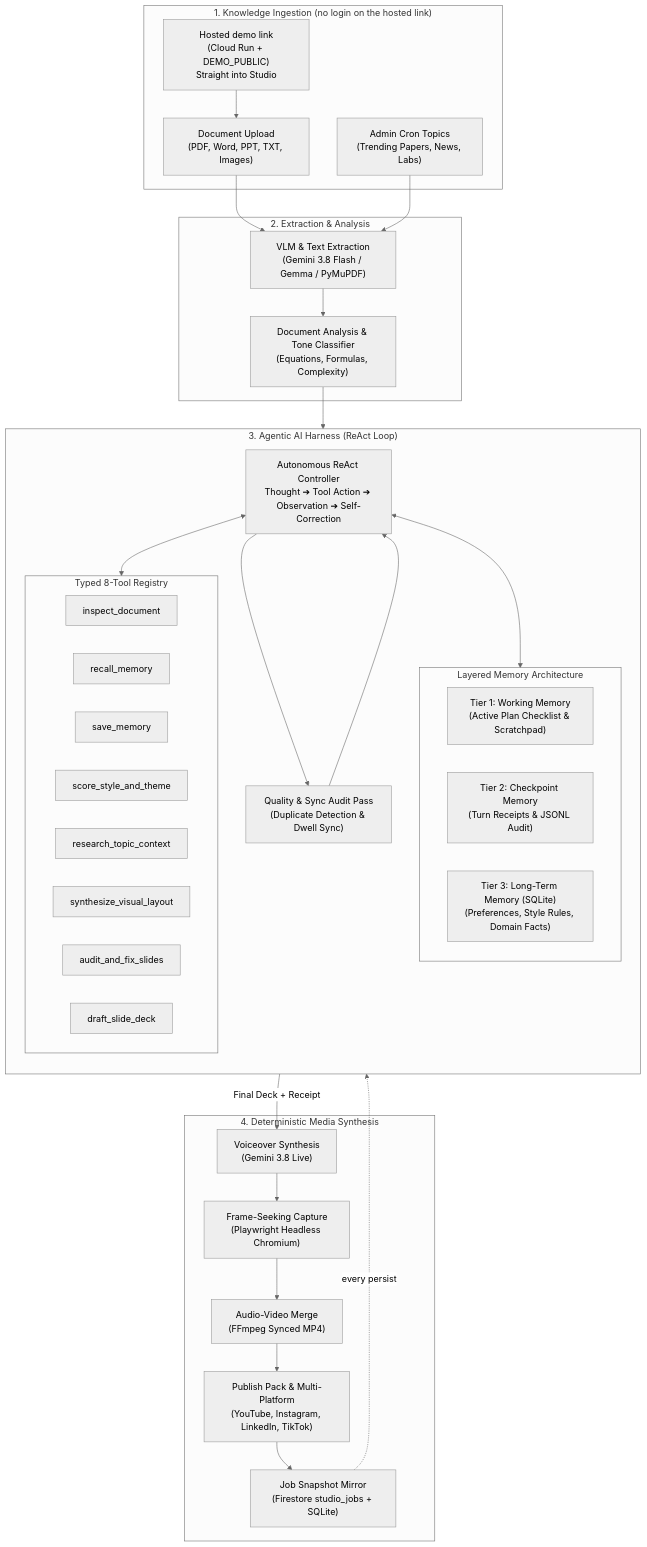
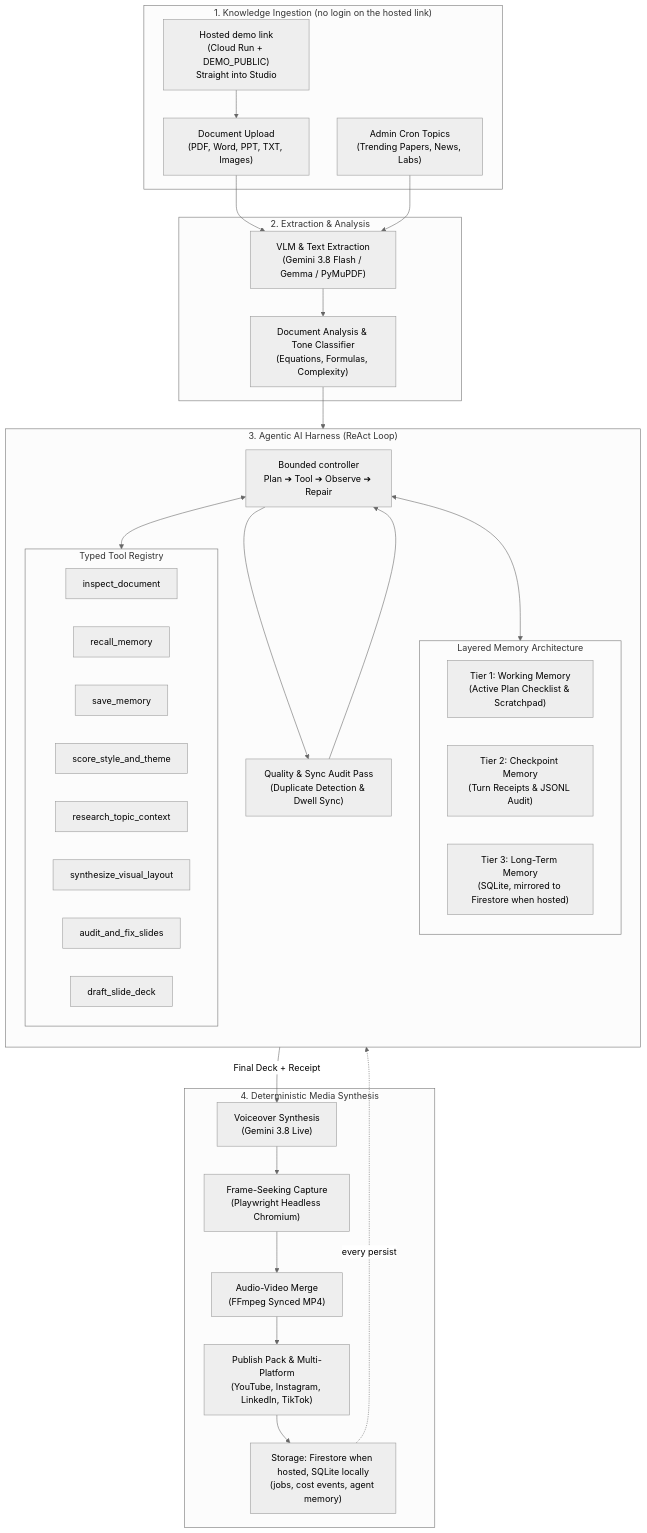
Before and after one commit to saitej123/Gemini-Multimodal-Studio: the diagram in README.md, drawn with Mermaid (neutral theme). The commit also changed other lines of this file and 24 other files, not shown here.

````diff
--- a/README.md
+++ b/README.md
@@ -132,62 +148,62 @@
 ```mermaid
 flowchart TD
     subgraph Inputs["1. Knowledge Ingestion (no login on the hosted link)"]
         Demo["Hosted demo link<br/>(Cloud Run + DEMO_PUBLIC)<br/>Straight into Studio"]
         Doc["Document Upload<br/>(PDF, Word, PPT, TXT, Images)"]
         Cron["Admin Cron Topics<br/>(Trending Papers, News, Labs)"]
     end
 
     subgraph ExtractStage["2. Extraction & Analysis"]
         VLM["VLM & Text Extraction<br/>(Gemini 3.8 Flash / Gemma / PyMuPDF)"]
         Analysis["Document Analysis & Tone Classifier<br/>(Equations, Formulas, Complexity)"]
     end
 
     subgraph AgentHarness["3. Agentic AI Harness (ReAct Loop)"]
         direction TB
         subgraph MemoryTiers["Layered Memory Architecture"]
             WM["Tier 1: Working Memory<br/>(Active Plan Checklist & Scratchpad)"]
             CM["Tier 2: Checkpoint Memory<br/>(Turn Receipts & JSONL Audit)"]
-            LTM["Tier 3: Long-Term Memory (SQLite)<br/>(Preferences, Style Rules, Domain Facts)"]
+            LTM["Tier 3: Long-Term Memory<br/>(SQLite, mirrored to Firestore when hosted)"]
         end
 
-        subgraph ToolRegistry["Typed 8-Tool Registry"]
+        subgraph ToolRegistry["Typed Tool Registry"]
             T1["inspect_document"]
             T2["recall_memory"]
             T3["save_memory"]
             T4["score_style_and_theme"]
             T5["research_topic_context"]
             T6["synthesize_visual_layout"]
             T7["audit_and_fix_slides"]
             T8["draft_slide_deck"]
         end
 
-        ReAct["Autonomous ReAct Controller<br/>Thought ➔ Tool Action ➔ Observation ➔ Self-Correction"]
+        ReAct["Bounded controller<br/>Plan ➔ Tool ➔ Observe ➔ Repair"]
         Audit["Quality & Sync Audit Pass<br/>(Duplicate Detection & Dwell Sync)"]
     end
 
     subgraph VideoPipeline["4. Deterministic Media Synthesis"]
         Narrate["Voiceover Synthesis<br/>(Gemini 3.8 Live)"]
         Capture["Frame-Seeking Capture<br/>(Playwright Headless Chromium)"]
         Merge["Audio-Video Merge<br/>(FFmpeg Synced MP4)"]
         Publish["Publish Pack & Multi-Platform<br/>(YouTube, Instagram, LinkedIn, TikTok)"]
-        Store["Job Snapshot Mirror<br/>(Firestore studio_jobs + SQLite)"]
+        Store["Storage: Firestore when hosted, SQLite locally<br/>(jobs, cost events, agent memory)"]
     end
 
     Demo --> Doc
     Doc --> VLM
     Cron --> VLM
     VLM --> Analysis
     Analysis --> ReAct
 
     ReAct <--> MemoryTiers
     ReAct <--> ToolRegistry
     ReAct --> Audit
     Audit --> ReAct
     ReAct -->|Final Deck + Receipt| Narrate
 
     Narrate --> Capture
     Capture --> Merge
     Merge --> Publish
     Publish --> Store
     Store -. every persist .-> ReAct
 ```
````
